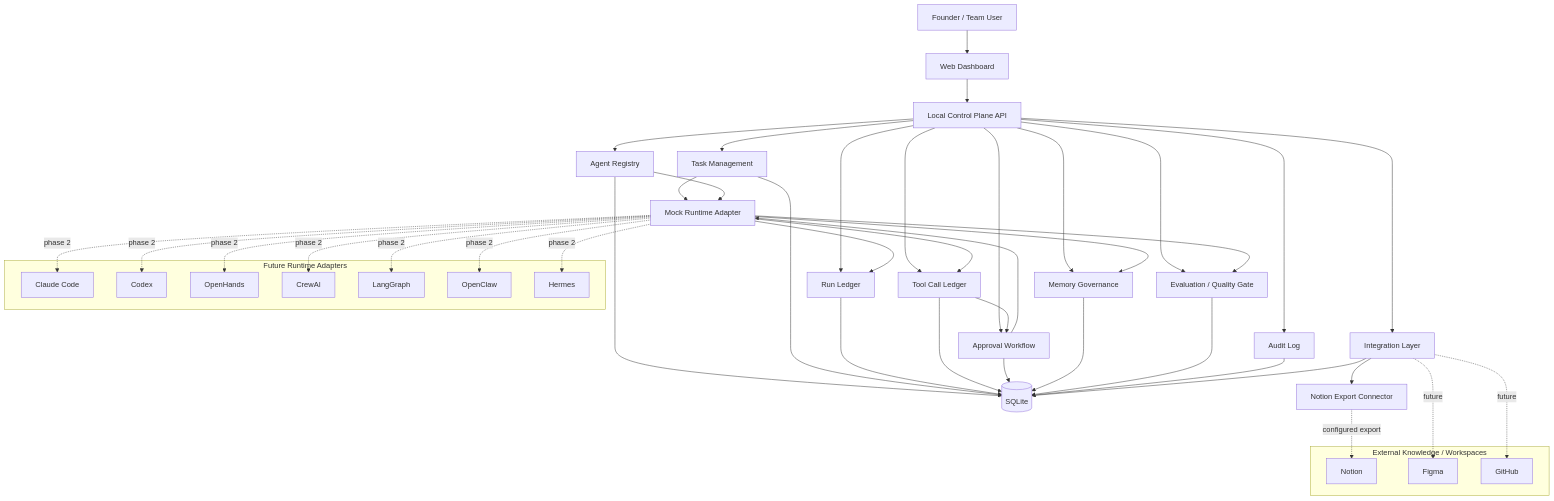
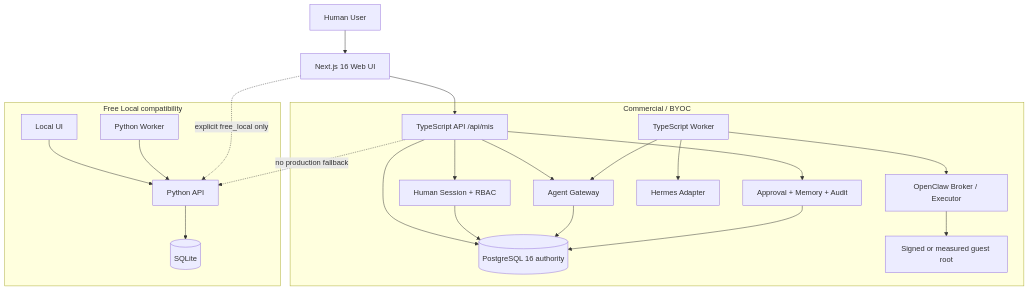
Before and after one commit to geogejoy107-jpg/agentops-mis-mvp: the first of 4 diagrams in docs/ARCHITECTURE.md, drawn with Mermaid. The commit also changed other lines of this file, not shown here.

Commit message:
Document commercial TypeScript architecture

````diff
--- a/docs/ARCHITECTURE.md
+++ b/docs/ARCHITECTURE.md
@@ -3,64 +16,28 @@
 ```mermaid
 flowchart TB
-  U[Founder / Team User] --> UI[Web Dashboard]
-  UI --> API[Local Control Plane API]
+  U[Human User] --> UI[Next.js 16 Web UI]
+  UI --> API[TypeScript API /api/mis]
 
-  API --> AR[Agent Registry]
-  API --> TM[Task Management]
-  API --> RL[Run Ledger]
-  API --> TL[Tool Call Ledger]
-  API --> AP[Approval Workflow]
-  API --> MM[Memory Governance]
-  API --> EV[Evaluation / Quality Gate]
-  API --> AU[Audit Log]
-  API --> IN[Integration Layer]
-
-  TM --> RT[Mock Runtime Adapter]
-  RT --> RL
-  RT --> TL
-  TL --> AP
-  AP --> RT
-  RT --> EV
-  RT --> MM
-  AR --> RT
-
-  AR --> DB[(SQLite)]
-  TM --> DB
-  RL --> DB
-  TL --> DB
-  AP --> DB
-  MM --> DB
-  EV --> DB
-  AU --> DB
-  IN --> DB
-
-  IN --> NT[Notion Export Connector]
-
-  subgraph Future Runtime Adapters
-    CC[Claude Code]
-    CD[Codex]
-    OH[OpenHands]
-    CR[CrewAI]
-    LG[LangGraph]
-    OC[OpenClaw]
-    HM[Hermes]
+  subgraph Commercial / BYOC
+    API --> HS[Human Session + RBAC]
+    API --> GW[Agent Gateway]
+    API --> GOV[Approval + Memory + Audit]
+    API --> PG[(PostgreSQL 16 authority)]
+    HS --> PG
+    GW --> PG
+    GOV --> PG
+    TW[TypeScript Worker] --> GW
+    TW --> HA[Hermes Adapter]
+    TW --> OA[OpenClaw Broker / Executor]
+    OA --> GR[Signed or measured guest root]
   end
 
-  RT -.phase 2.-> CC
-  RT -.phase 2.-> CD
-  RT -.phase 2.-> OH
-  RT -.phase 2.-> CR
-  RT -.phase 2.-> LG
-  RT -.phase 2.-> OC
-  RT -.phase 2.-> HM
-
-  subgraph External Knowledge / Workspaces
-    NO[Notion]
-    FG[Figma]
-    GH[GitHub]
+  subgraph Free Local compatibility
+    FLUI[Local UI] --> PY[Python API]
+    PY --> SQ[(SQLite)]
+    FLW[Python Worker] --> PY
   end
 
-  NT -.configured export.-> NO
-  IN -.future.-> FG
-  IN -.future.-> GH
+  UI -. explicit free_local only .-> PY
+  API -. no production fallback .-> PY
 ```
````
